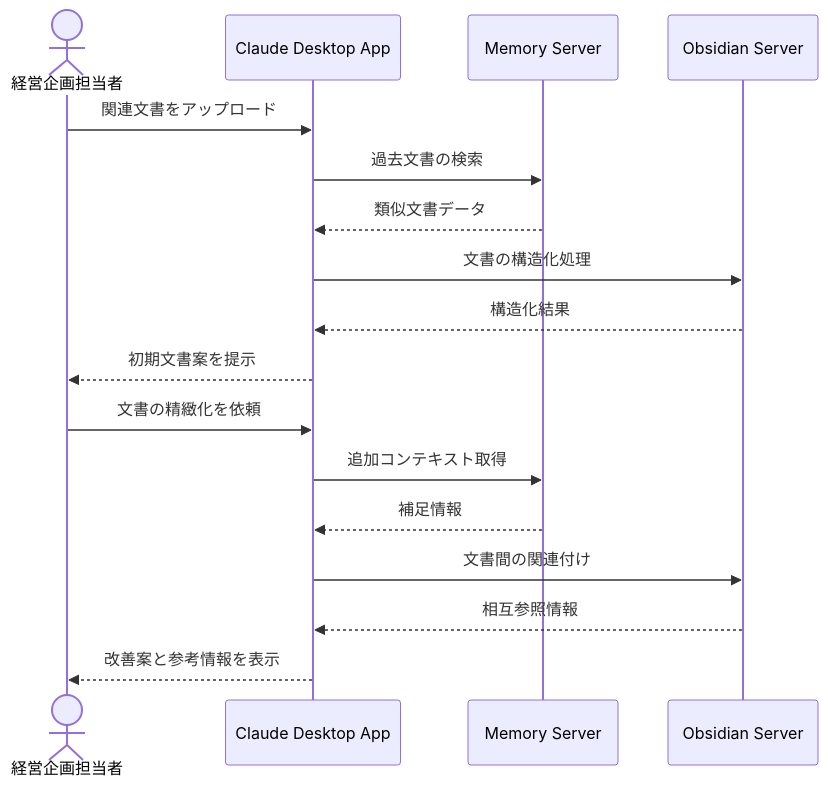
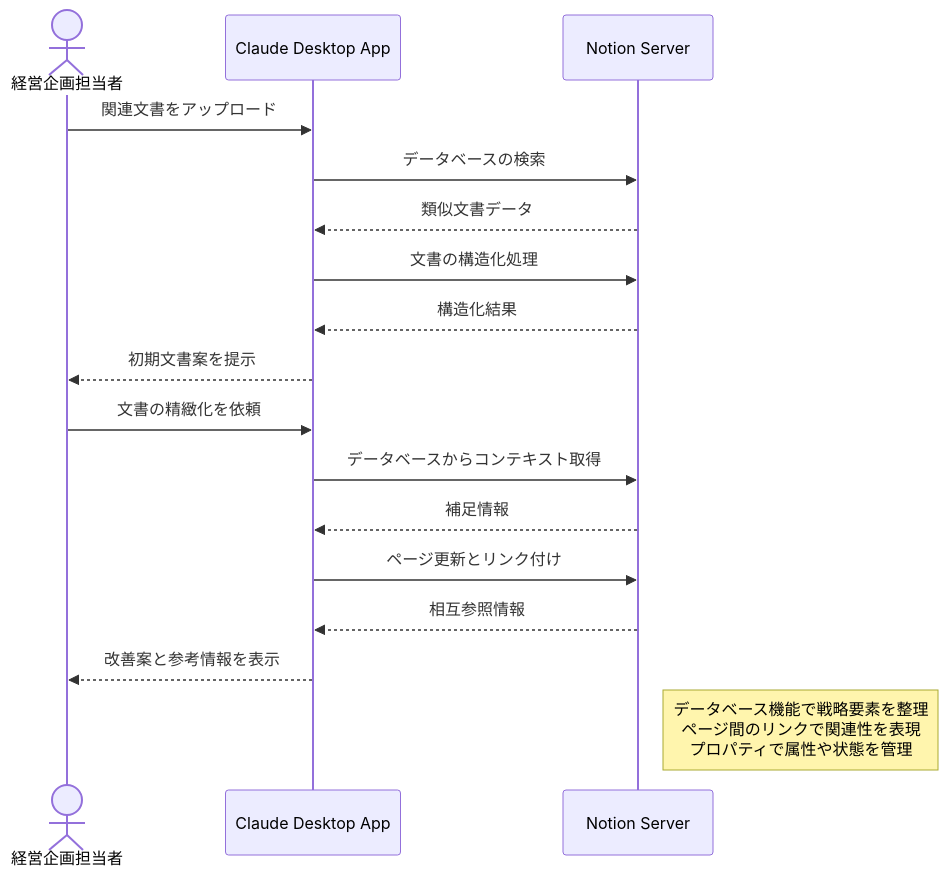
The diagram in docs/07_経営・企画/経営戦略の文書化を支援する.md (po-shu/mcp-100-ideas), drawn with Mermaid before and after one commit. The commit also changed other lines of this file and 4 other files, not shown here.

````diff
--- a/docs/07_経営・企画/経営戦略の文書化を支援する.md
+++ b/docs/07_経営・企画/経営戦略の文書化を支援する.md
@@ -16,21 +15,22 @@
 ```mermaid
 sequenceDiagram
     actor User as 経営企画担当者
     participant MCP as Claude Desktop App
-    participant Mem as Memory Server
-    participant Obs as Obsidian Server
+    participant Not as Notion Server
 
     User->>MCP: 関連文書をアップロード
-    MCP->>Mem: 過去文書の検索
-    Mem-->>MCP: 類似文書データ
-    MCP->>Obs: 文書の構造化処理
-    Obs-->>MCP: 構造化結果
+    MCP->>Not: データベースの検索
+    Not-->>MCP: 類似文書データ
+    MCP->>Not: 文書の構造化処理
+    Not-->>MCP: 構造化結果
     MCP-->>User: 初期文書案を提示
 
     User->>MCP: 文書の精緻化を依頼
-    MCP->>Mem: 追加コンテキスト取得
-    Mem-->>MCP: 補足情報
-    MCP->>Obs: 文書間の関連付け
-    Obs-->>MCP: 相互参照情報
+    MCP->>Not: データベースからコンテキスト取得
+    Not-->>MCP: 補足情報
+    MCP->>Not: ページ更新とリンク付け
+    Not-->>MCP: 相互参照情報
     MCP-->>User: 改善案と参考情報を表示
+
+    Note right of Not: データベース機能で戦略要素を整理<br>ページ間のリンクで関連性を表現<br>プロパティで属性や状態を管理
 ```
````
